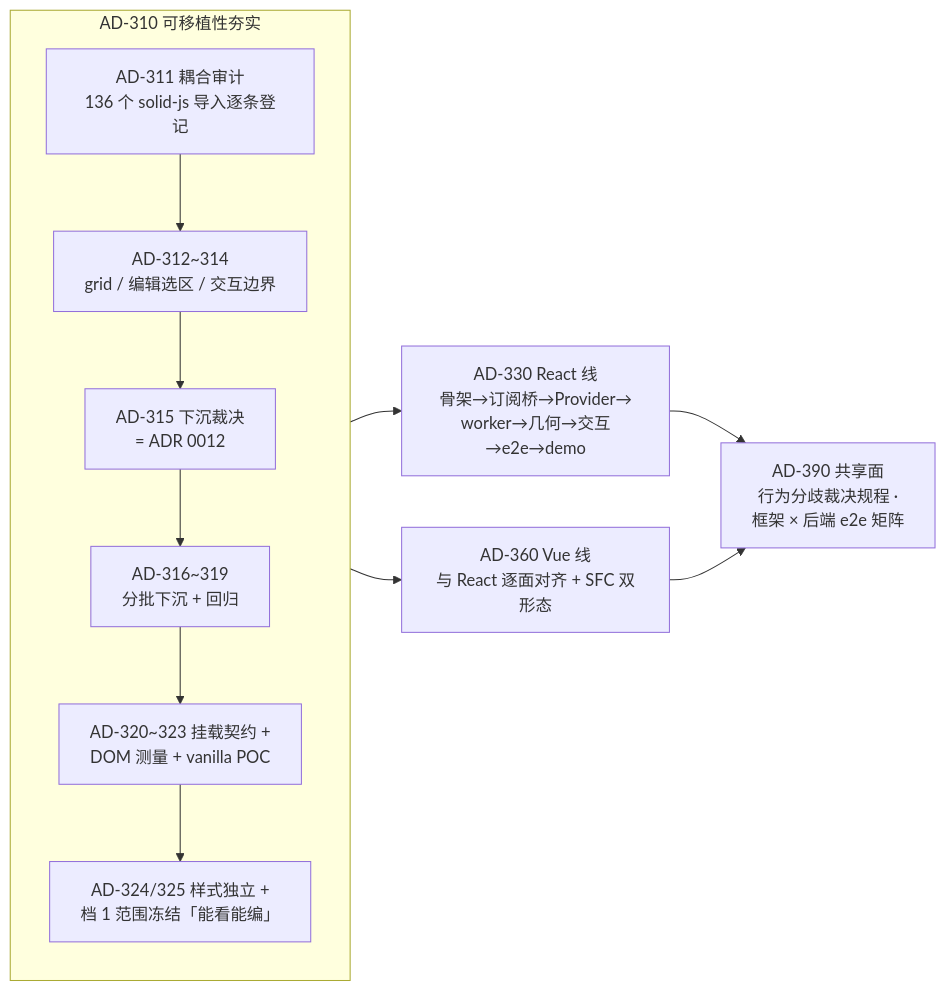
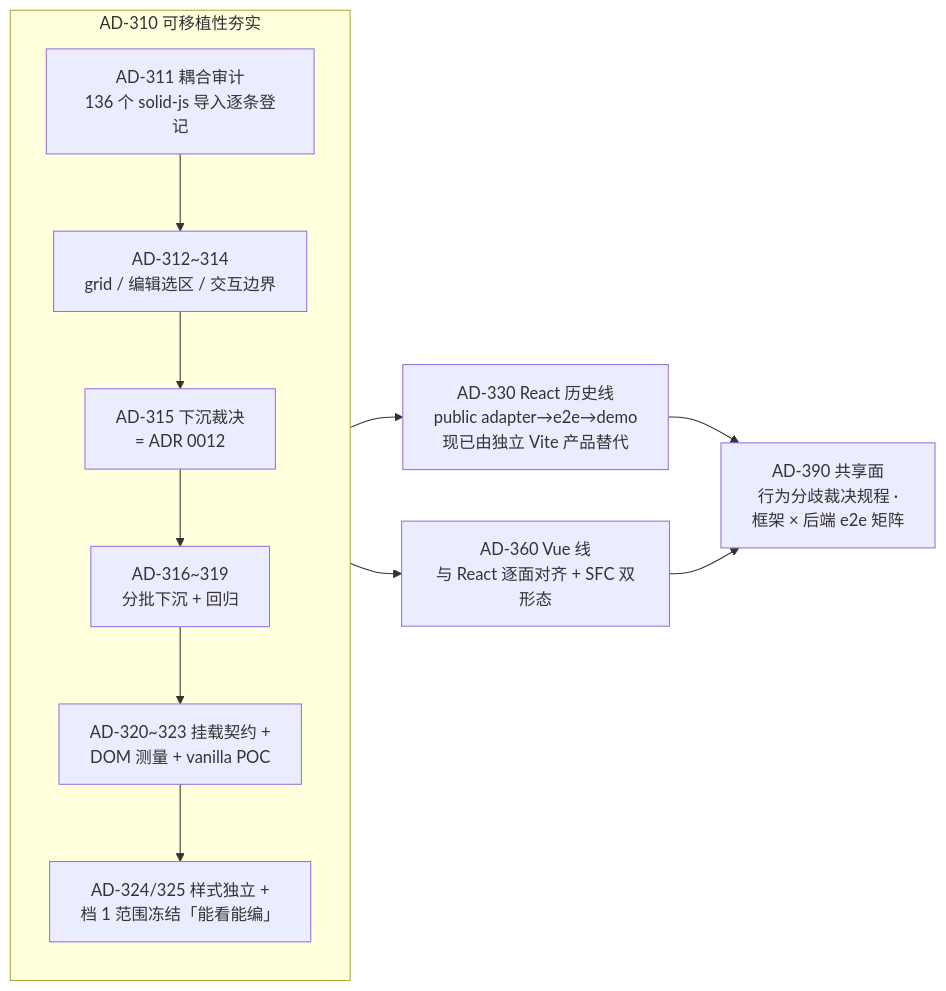
The fourth of 5 diagrams in docs/content/article5-diagrams.md (allroad88888888/einfach-excel), drawn with Mermaid before and after one commit. The commit also changed other lines of this file and 90 other files, not shown here.

Commit message:
refactor(react-excel): remove legacy adapter surface

````diff
--- a/docs/content/article5-diagrams.md
+++ b/docs/content/article5-diagrams.md
@@ -47,16 +60,16 @@
 ```mermaid
 flowchart LR
     subgraph P1["AD-310 可移植性夯实"]
         A311[AD-311 耦合审计<br/>136 个 solid-js 导入逐条登记]
         A312[AD-312~314<br/>grid / 编辑选区 / 交互边界]
         A315[AD-315 下沉裁决<br/>= ADR 0012]
         A316[AD-316~319<br/>分批下沉 + 回归]
         A320[AD-320~323 挂载契约 +<br/>DOM 测量 + vanilla POC]
         A325[AD-324/325 样式独立 +<br/>档 1 范围冻结「能看能编」]
         A311 --> A312 --> A315 --> A316 --> A320 --> A325
     end
-    P1 --> R[AD-330 React 线<br/>骨架→订阅桥→Provider→<br/>worker→几何→交互→e2e→demo]
+    P1 --> R[AD-330 React 历史线<br/>public adapter→e2e→demo<br/>现已由独立 Vite 产品替代]
     P1 --> V[AD-360 Vue 线<br/>与 React 逐面对齐 + SFC 双形态]
     R --> S[AD-390 共享面<br/>行为分歧裁决规程 ·<br/>框架 × 后端 e2e 矩阵]
     V --> S
 ```
````
